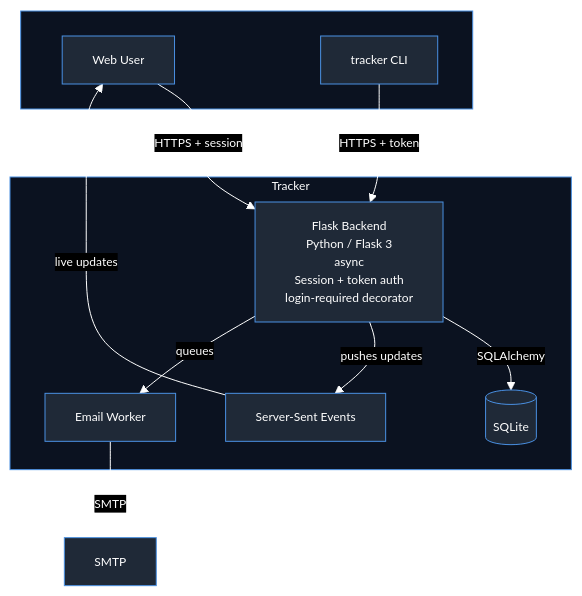
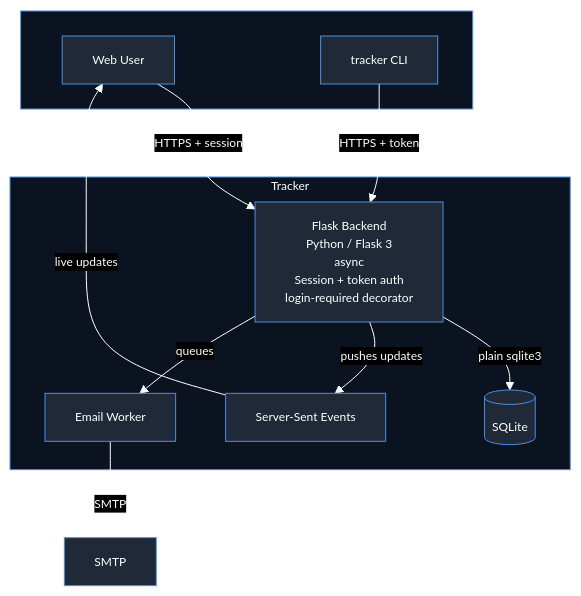
Before and after one commit to adam-scholey/adam-scholey.github.io: the diagram in diagrams/tracker.mmd, drawn with Mermaid. The commit also changed 3 other files, not shown here.

First line of the commit message:
Update project diagrams and tags

```diff
--- a/diagrams/tracker.mmd
+++ b/diagrams/tracker.mmd
@@ -1,23 +1,23 @@
 %%{init: {"theme":"base","themeVariables":{"darkMode":true,"background":"#0d1117","primaryColor":"#1f2937","primaryTextColor":"#ffffff","primaryBorderColor":"#4a90e2","secondaryColor":"#111827","secondaryTextColor":"#ffffff","secondaryBorderColor":"#4a90e2","tertiaryColor":"#0b1220","tertiaryTextColor":"#ffffff","tertiaryBorderColor":"#4a90e2","lineColor":"#ffffff","arrowheadColor":"#ffffff","textColor":"#ffffff","fontSize":"12px"}}}%%
 flowchart TB
     subgraph Client[" "]
         user[Web User]
         cli[tracker CLI]
     end
 
     subgraph Tracker["Tracker"]
         flask[Flask Backend<br/>Python / Flask 3<br/>async<br/>Session + token auth<br/>login-required decorator]
         db[(SQLite)]
         sse[Server-Sent Events]
         mail[Email Worker]
     end
 
     smtp[SMTP]
 
     user -->|HTTPS + session| flask
     cli -->|HTTPS + token| flask
-    flask -->|SQLAlchemy| db
+    flask -->|plain sqlite3| db
     flask -->|pushes updates| sse
     sse -->|live updates| user
     flask -->|queues| mail
     mail -->|SMTP| smtp
```
